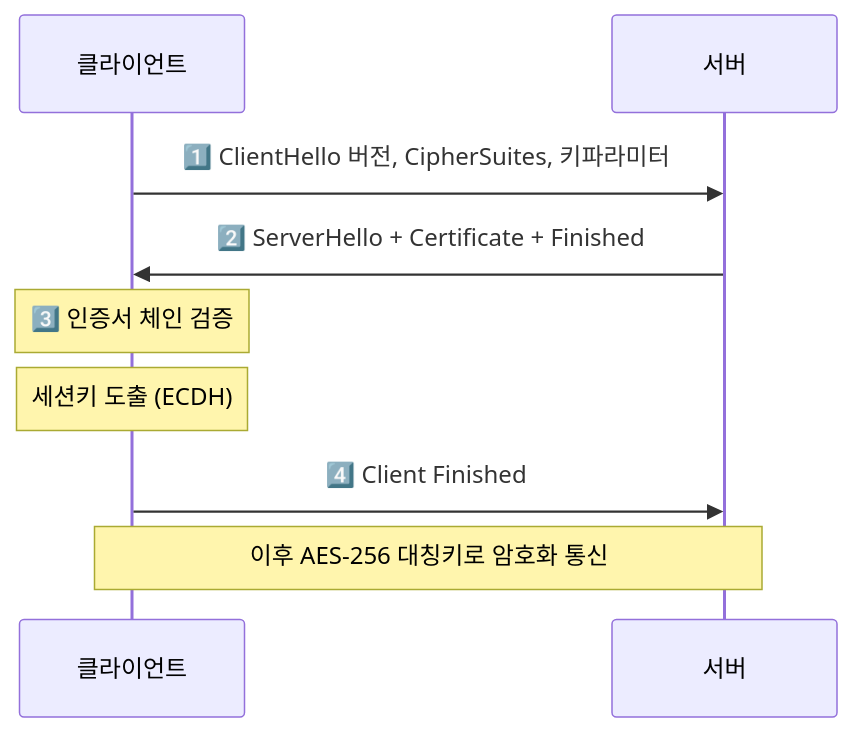
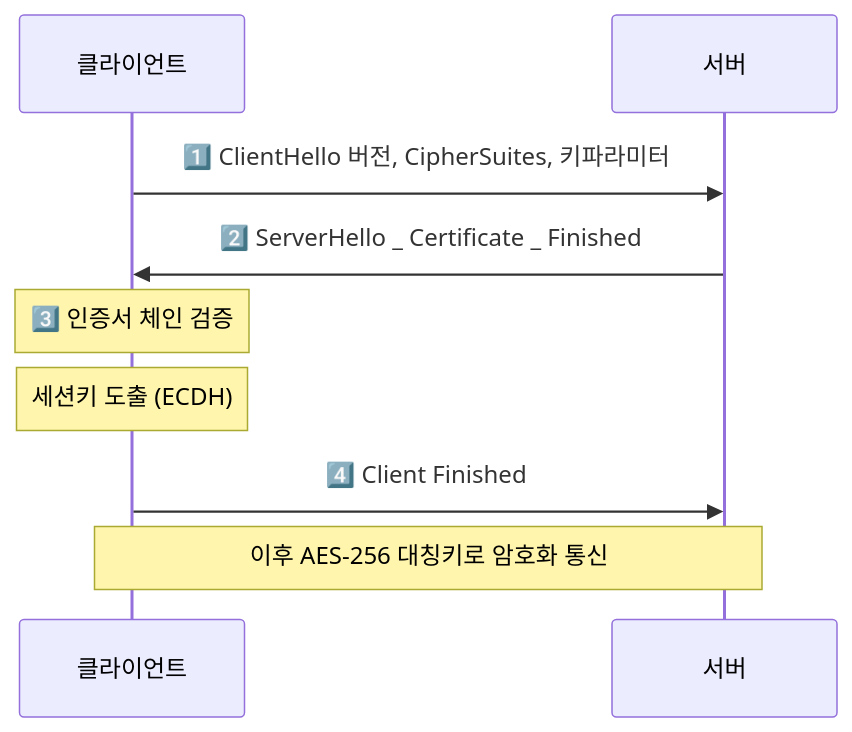
One commit to yjkim2015/yjkim2015.github.io changed the second of 7 diagrams in _posts/network/2026-05-03-https-tls.md. Above: the diagram before and after it, drawn with Mermaid. The commit also changed other lines of this file and 38 other files, not shown here.

First line of the commit message:
Mermaid 파싱 에러 최종 수정 + 화살표 간격 확대

````diff
--- a/_posts/network/2026-05-03-https-tls.md
+++ b/_posts/network/2026-05-03-https-tls.md
@@ -79,11 +79,11 @@
 ```mermaid
 sequenceDiagram
     participant C as 클라이언트
     participant S as 서버
     C->>S: 1️⃣ ClientHello 버전, CipherSuites, 키파라미터
-    S->>C: 2️⃣ ServerHello + Certificate + Finished
+    S->>C: 2️⃣ ServerHello _ Certificate _ Finished
     Note over C: 3️⃣ 인증서 체인 검증
     Note over C: 세션키 도출 (ECDH)
     C->>S: 4️⃣ Client Finished
     Note over C,S: 이후 AES-256 대칭키로 암호화 통신
 ```
````
